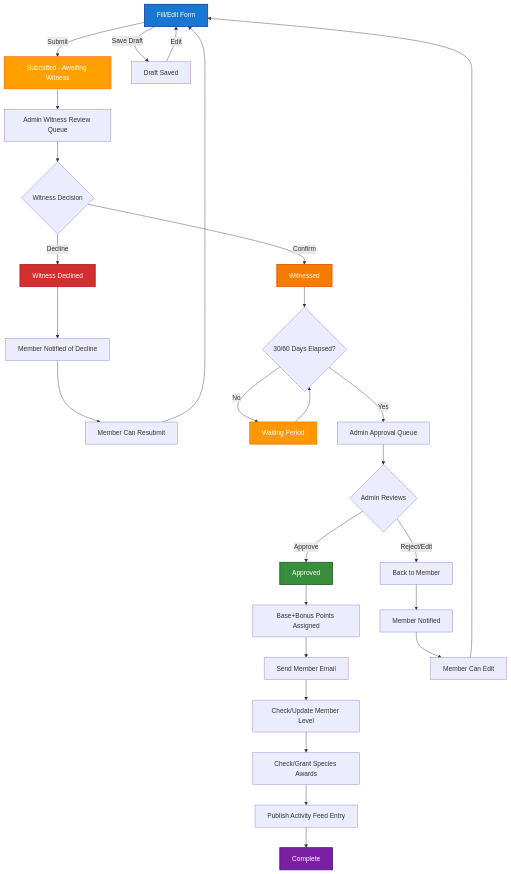
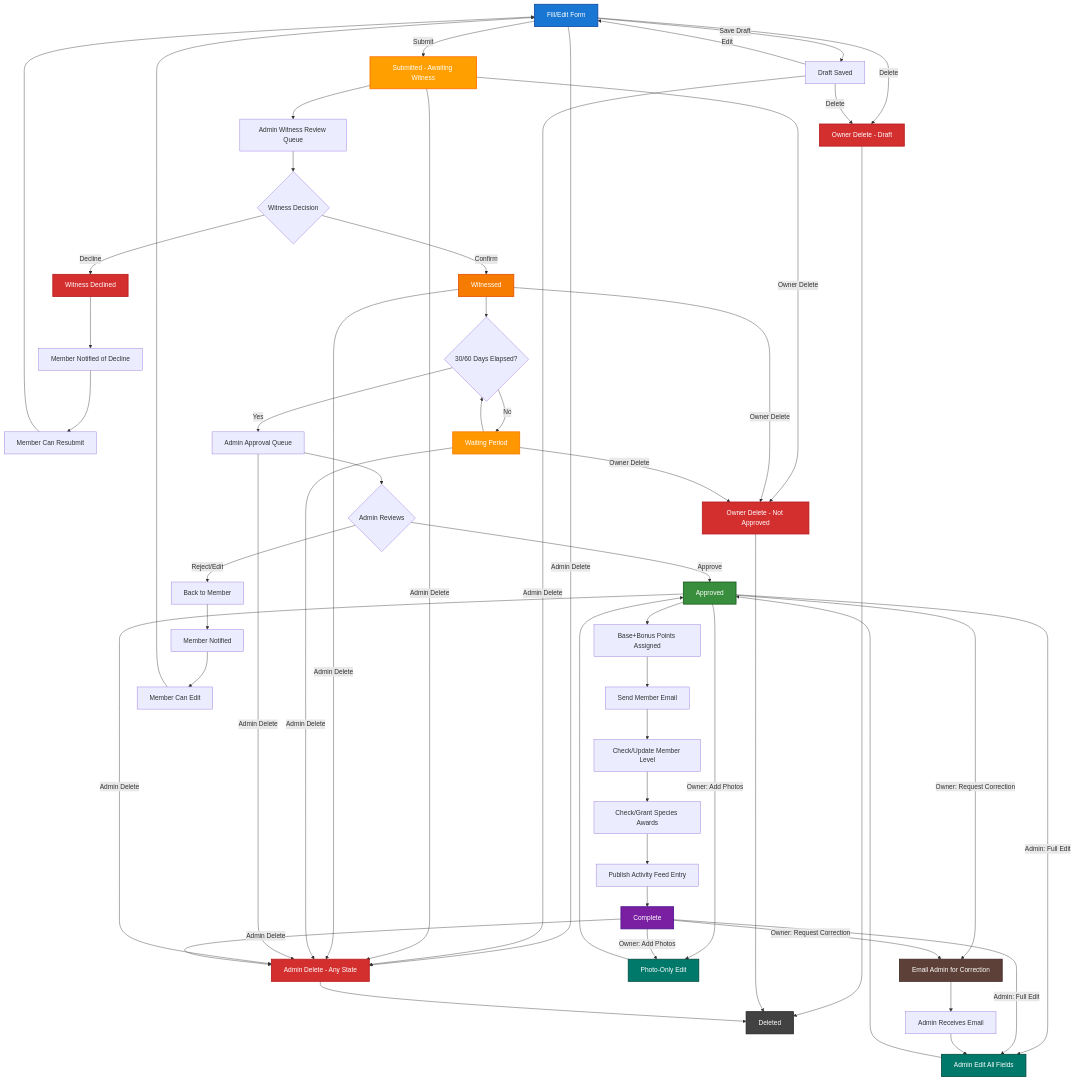
One commit to jra3/mulm changed the second of 2 diagrams in submission-workflow.md. Above: the diagram before and after it, drawn with Mermaid. The commit also changed other lines of this file, not shown here.

First line of the commit message:
docs: update submission workflow diagram with deletion and post-approval editing flows

````diff
--- a/submission-workflow.md
+++ b/submission-workflow.md
@@ -68,6 +68,40 @@
     V --> W[Member Can Edit]
     W --> A
 
+    %% Deletion flows
+    A -->|Delete| DEL1[Owner Delete - Draft]
+    B -->|Delete| DEL1
+    C -->|Owner Delete| DEL2[Owner Delete - Not Approved]
+    G -->|Owner Delete| DEL2
+    X -->|Owner Delete| DEL2
+
+    A -->|Admin Delete| DEL3[Admin Delete - Any State]
+    B -->|Admin Delete| DEL3
+    C -->|Admin Delete| DEL3
+    G -->|Admin Delete| DEL3
+    X -->|Admin Delete| DEL3
+    L -->|Admin Delete| DEL3
+    N -->|Admin Delete| DEL3
+    U -->|Admin Delete| DEL3
+
+    DEL1 --> END1[Deleted]
+    DEL2 --> END1
+    DEL3 --> END1
+
+    %% Post-approval editing flows
+    N -->|Owner: Add Photos| PHOTO[Photo-Only Edit]
+    U -->|Owner: Add Photos| PHOTO
+    PHOTO --> N
+
+    N -->|Admin: Full Edit| EDIT[Admin Edit All Fields]
+    U -->|Admin: Full Edit| EDIT
+    EDIT --> N
+
+    N -->|Owner: Request Correction| REQ[Email Admin for Correction]
+    U -->|Owner: Request Correction| REQ
+    REQ --> ADMIN_EMAIL[Admin Receives Email]
+    ADMIN_EMAIL --> EDIT
+
     style A fill:#1976d2,color:#ffffff,stroke:#0d47a1,stroke-width:2px
     style C fill:#ffa000,color:#ffffff,stroke:#ff6f00,stroke-width:2px
     style G fill:#f57c00,color:#ffffff,stroke:#e65100,stroke-width:2px
@@ -75,4 +109,11 @@
     style N fill:#388e3c,color:#ffffff,stroke:#1b5e20,stroke-width:2px
     style U fill:#7b1fa2,color:#ffffff,stroke:#4a148c,stroke-width:2px
     style H fill:#d32f2f,color:#ffffff,stroke:#b71c1c,stroke-width:2px
+    style DEL1 fill:#d32f2f,color:#ffffff,stroke:#b71c1c,stroke-width:2px
+    style DEL2 fill:#d32f2f,color:#ffffff,stroke:#b71c1c,stroke-width:2px
+    style DEL3 fill:#d32f2f,color:#ffffff,stroke:#b71c1c,stroke-width:2px
+    style END1 fill:#424242,color:#ffffff,stroke:#212121,stroke-width:2px
+    style PHOTO fill:#00796b,color:#ffffff,stroke:#004d40,stroke-width:2px
+    style EDIT fill:#00796b,color:#ffffff,stroke:#004d40,stroke-width:2px
+    style REQ fill:#5d4037,color:#ffffff,stroke:#3e2723,stroke-width:2px
 ```
````
